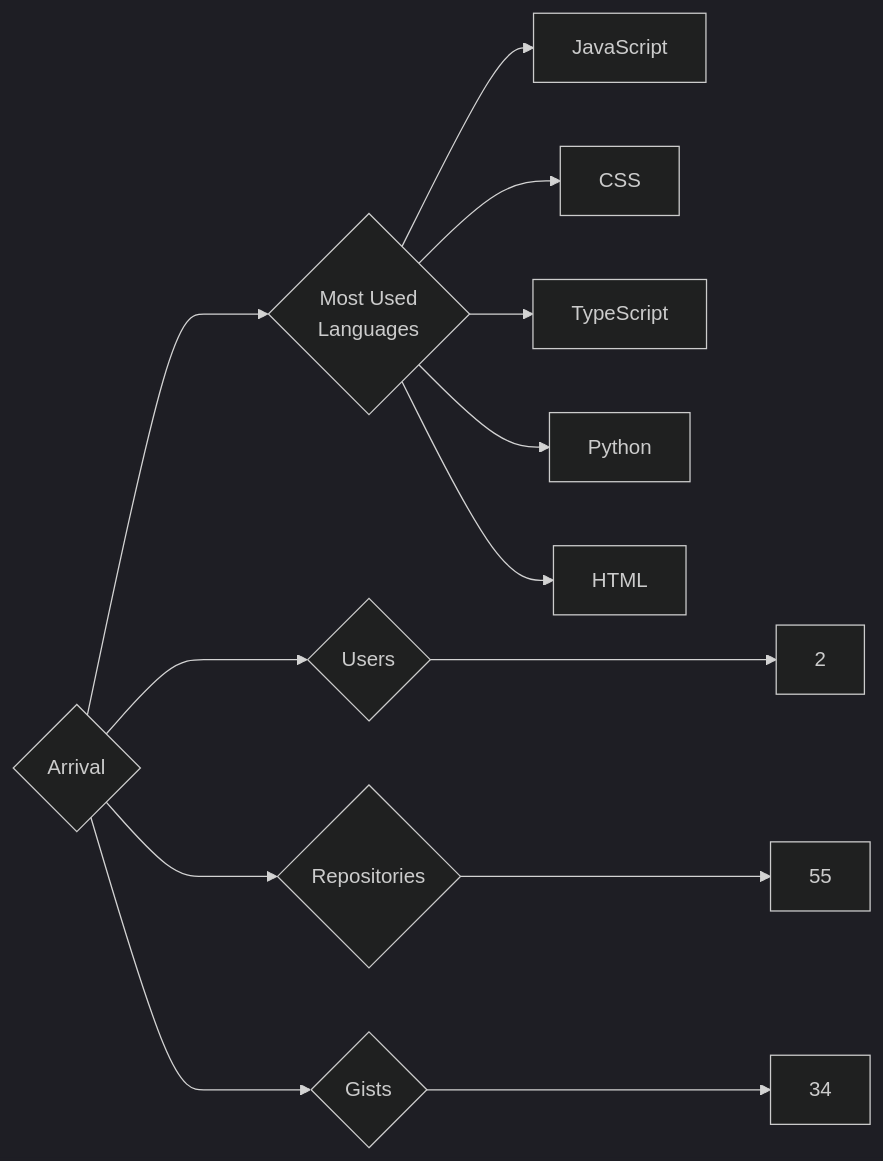
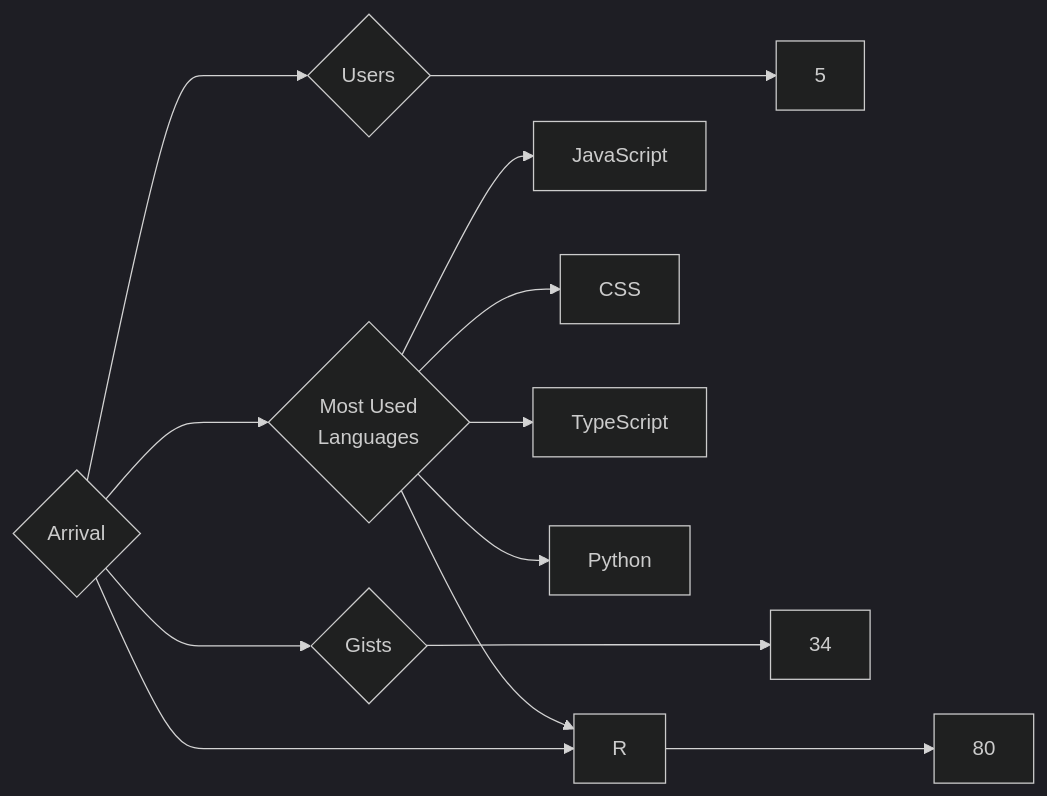
One commit to trickest/insiders changed the diagram in targets/Arrival/README.md. Above: the diagram before and after it, drawn with Mermaid (dark theme). The commit also changed 1036 other files, not shown here.

````diff
--- a/targets/Arrival/README.md
+++ b/targets/Arrival/README.md
@@ -3,13 +3,13 @@
 ```mermaid
 graph LR
 COMPANY_NAME{Arrival}
-COMPANY_NAME ---> U{Users} ---> UN[2]
-COMPANY_NAME ---> R{Repositories} ---> RN[55]
+COMPANY_NAME ---> U{Users} ---> UN[5]
+COMPANY_NAME ---> R{Repositories} ---> RN[80]
 COMPANY_NAME ---> G{Gists} ---> GN[34]
 COMPANY_NAME ---> ML{Most Used<br>Languages}
 ML --> JavaScript[JavaScript]
+ML --> R[R]
 ML --> CSS[CSS]
 ML --> TypeScript[TypeScript]
 ML --> Python[Python]
-ML --> HTML[HTML]
 ```
````
